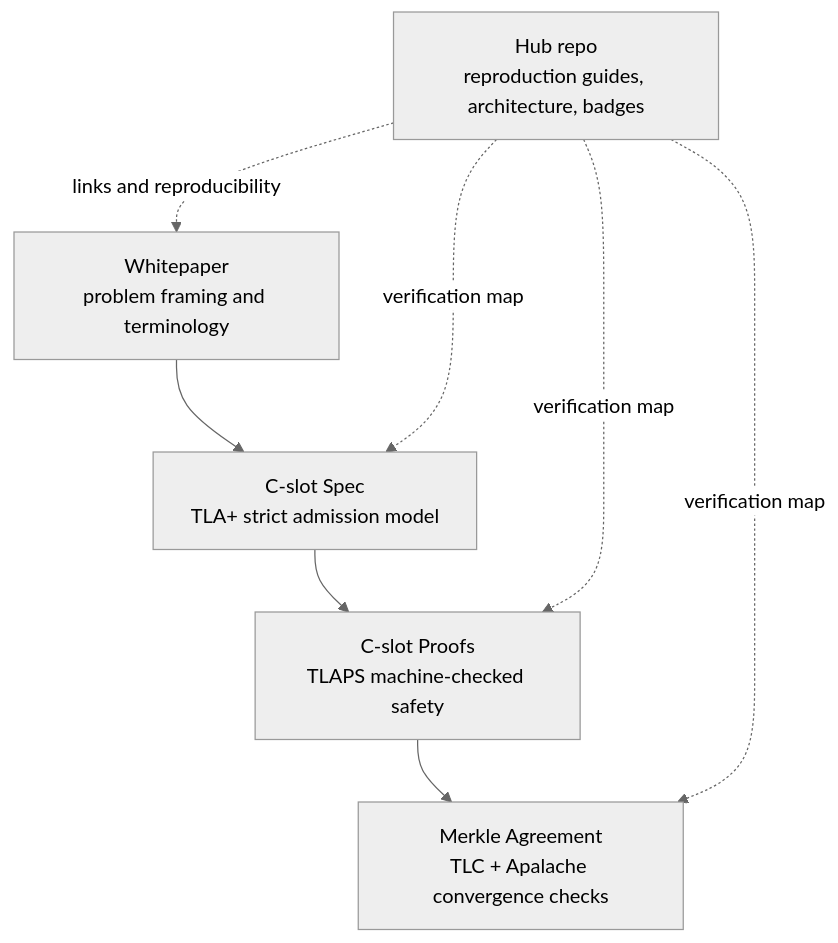
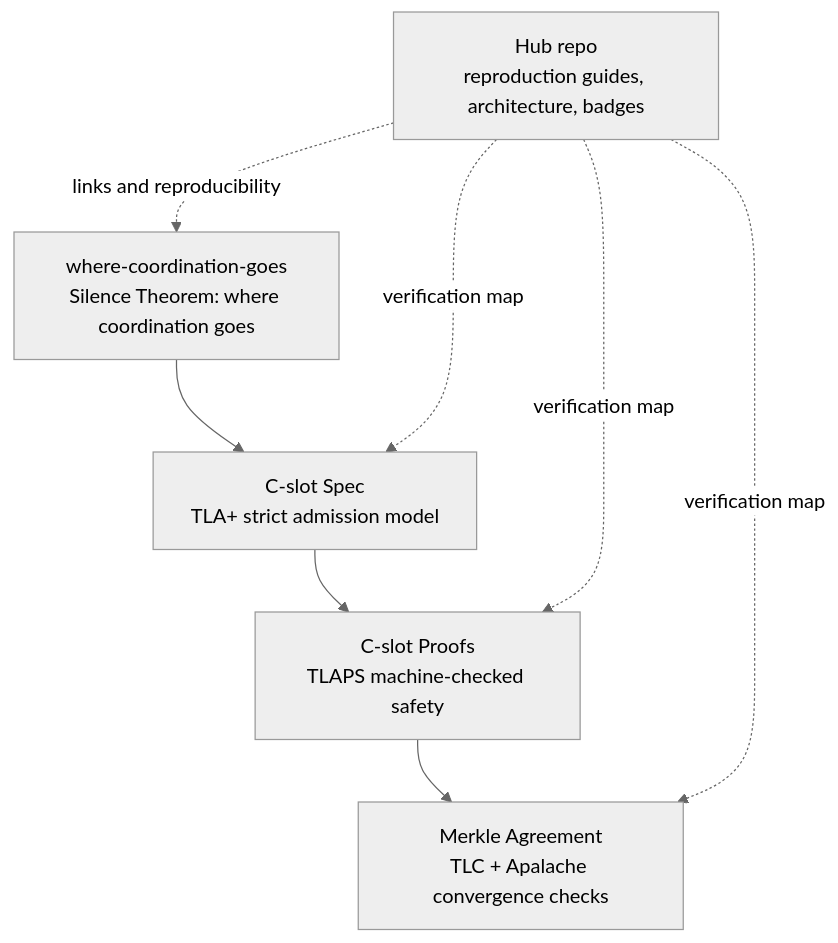
One commit to vasilisnasopoulos/vasilisnasopoulos changed the diagram in README.md. Above: the diagram before and after it, drawn with Mermaid (neutral theme). The commit also changed other lines of this file, not shown here.

Commit message:
Lead with the Silence Theorem; list all public repos; whitepaper marked superseded

````diff
--- a/README.md
+++ b/README.md
@@ -66,14 +73,14 @@
 ```mermaid
 flowchart TD
-    W[Whitepaper<br/>problem framing and terminology]
+    W[where-coordination-goes<br/>Silence Theorem: where coordination goes]
     S[C-slot Spec<br/>TLA+ strict admission model]
     P[C-slot Proofs<br/>TLAPS machine-checked safety]
     M[Merkle Agreement<br/>TLC + Apalache convergence checks]
     H[Hub repo<br/>reproduction guides, architecture, badges]
 
     W --> S --> P --> M
     H -. links and reproducibility .-> W
     H -. verification map .-> S
     H -. verification map .-> P
     H -. verification map .-> M
 ```
````
